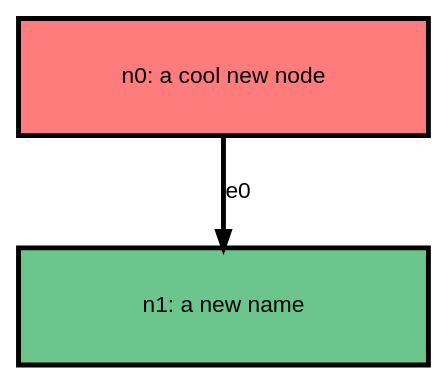
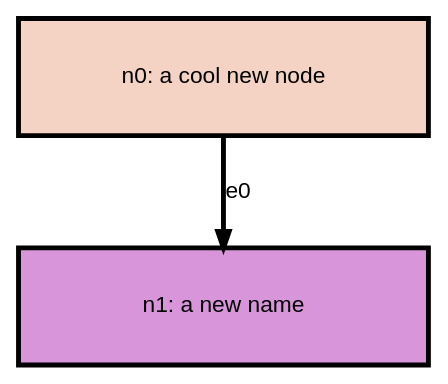
Before and after one commit to stevecooperorg/microdot: the diagram in examples/readme_example_1.dot, drawn with Graphviz. The commit also changed 8 other files, not shown here.

```diff
--- a/examples/readme_example_1.dot
+++ b/examples/readme_example_1.dot
@@ -1,12 +1,12 @@
 digraph {
 
     graph [fontname = "helvetica" rankdir=TB ranksep=0.75 nodesep=0.5];
     node [fontname = "helvetica" style="filled" shape=box height=1 width=3.5 penwidth=3];
     edge [fontname = "helvetica" penwidth=3 color="#000"];
 
-    "n0" [label="n0: a cool new node" fillcolor="#FF7C7C" color="#000" fontcolor="#000"]
-    "n1" [label="n1: a new name" fillcolor="#6BC58C" color="#000" fontcolor="#000"]
+    "n0" [label="n0: a cool new node" fillcolor="#F4D3C4" color="#000" fontcolor="#000"]
+    "n1" [label="n1: a new name" fillcolor="#D895DA" color="#000" fontcolor="#000"]
 
     "n0" -> "n1" [label="e0"];
 
 }
```
